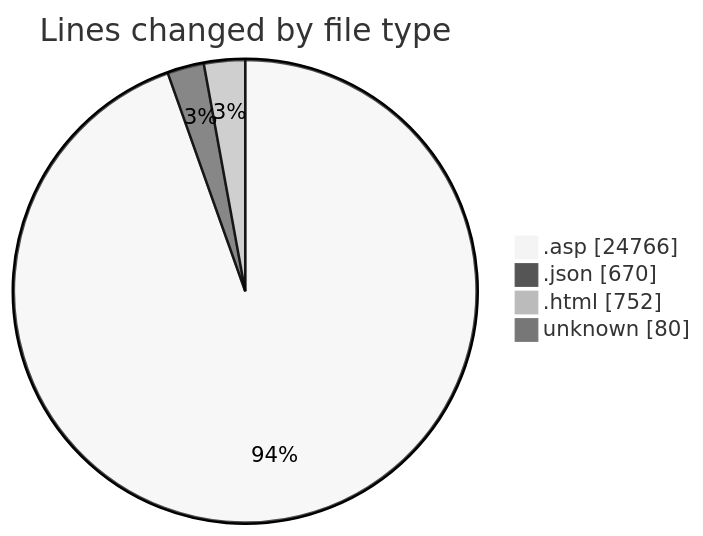
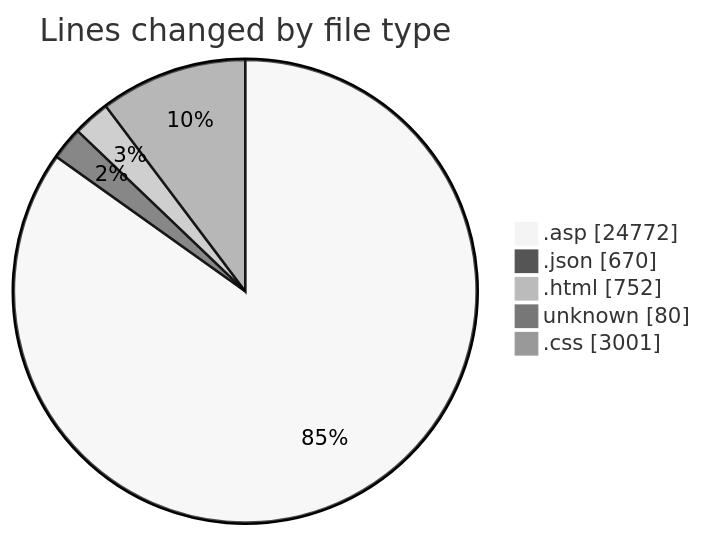
One commit to julien-gomy/code-tracking changed the first of 2 diagrams in 2025-11-01/cdp_aleoudev_fr__workspace_/README.md. Above: the diagram before and after it, drawn with Mermaid (neutral theme). The commit also changed other lines of this file and 1 other file, not shown here.

````diff
--- a/2025-11-01/cdp_aleoudev_fr__workspace_/README.md
+++ b/2025-11-01/cdp_aleoudev_fr__workspace_/README.md
@@ -35,8 +36,9 @@
 ```mermaid
 pie showData
 title Lines changed by file type
-".asp" : 24766
+".asp" : 24772
 ".json" : 670
 ".html" : 752
 "unknown" : 80
+".css" : 3001
 ```
````
